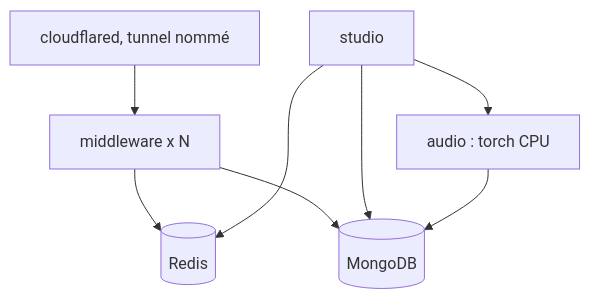
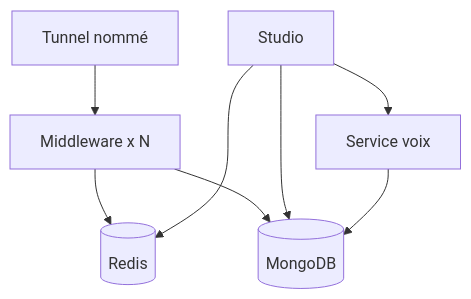
The eighth of 8 diagrams in docs/ARCHITECTURE.md (junguck/nkaplingua), drawn with Mermaid before and after one commit. The commit also changed other lines of this file and 51 other files, not shown here.

````diff
--- a/docs/ARCHITECTURE.md
+++ b/docs/ARCHITECTURE.md
@@ -212,10 +253,10 @@
 ```mermaid
 flowchart TB
-    CF[cloudflared, tunnel nommé] --> MW1[middleware x N]
+    CF[Tunnel nommé] --> MW1[Middleware x N]
     MW1 --> RD[(Redis)]
     MW1 --> MG[(MongoDB)]
-    ST[studio] --> MG
+    ST[Studio] --> MG
     ST --> RD
-    ST --> TTS[audio : torch CPU]
+    ST --> TTS[Service voix]
     TTS --> MG
 ```
````
